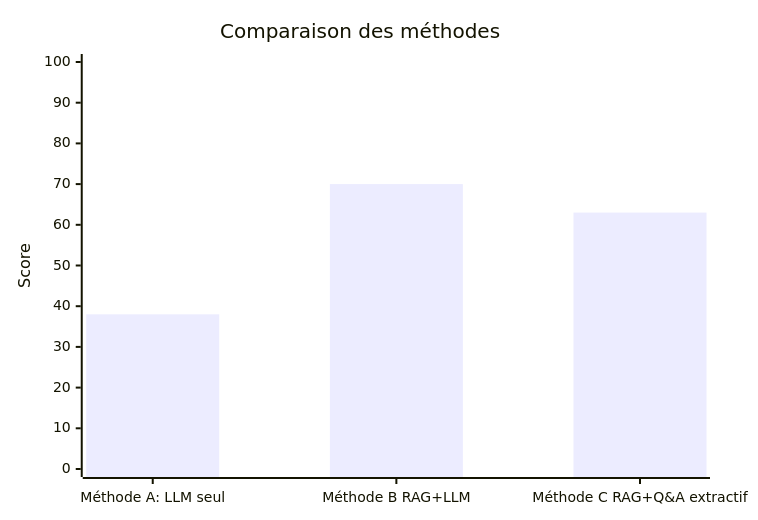
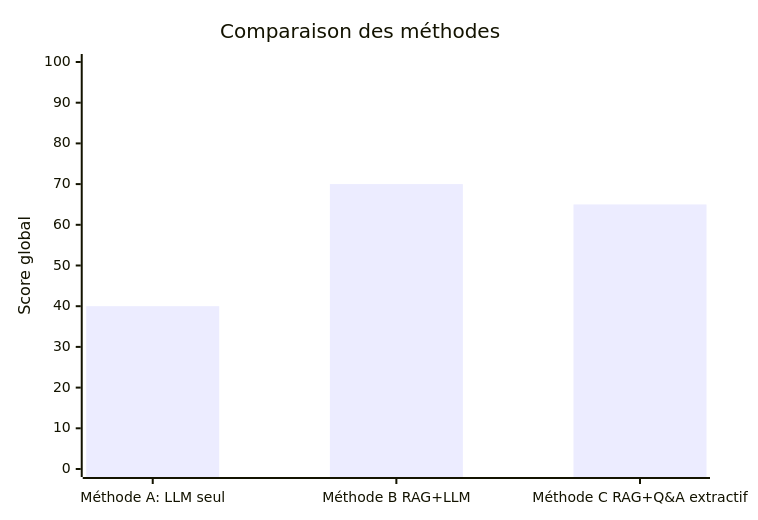
One commit to MelodyDuplaix/Projet_RAG_FAQ changed the diagram in doc/RAPPORT_BENCHMARK.md. Above: the diagram before and after it, drawn with Mermaid. The commit also changed other lines of this file, not shown here.

````diff
--- a/doc/RAPPORT_BENCHMARK.md
+++ b/doc/RAPPORT_BENCHMARK.md
@@ -181,7 +181,7 @@
 ```mermaid
 xychart
     title "Comparaison des méthodes"
     x-axis ["Méthode A: LLM seul", "Méthode B RAG+LLM", "Méthode C RAG+Q&A extractif"]
-    y-axis "Score" 0 --> 100
-    bar [38, 70, 63]
+    y-axis "Score global" 0 --> 100
+    bar [40, 70, 65]
 ```
````
